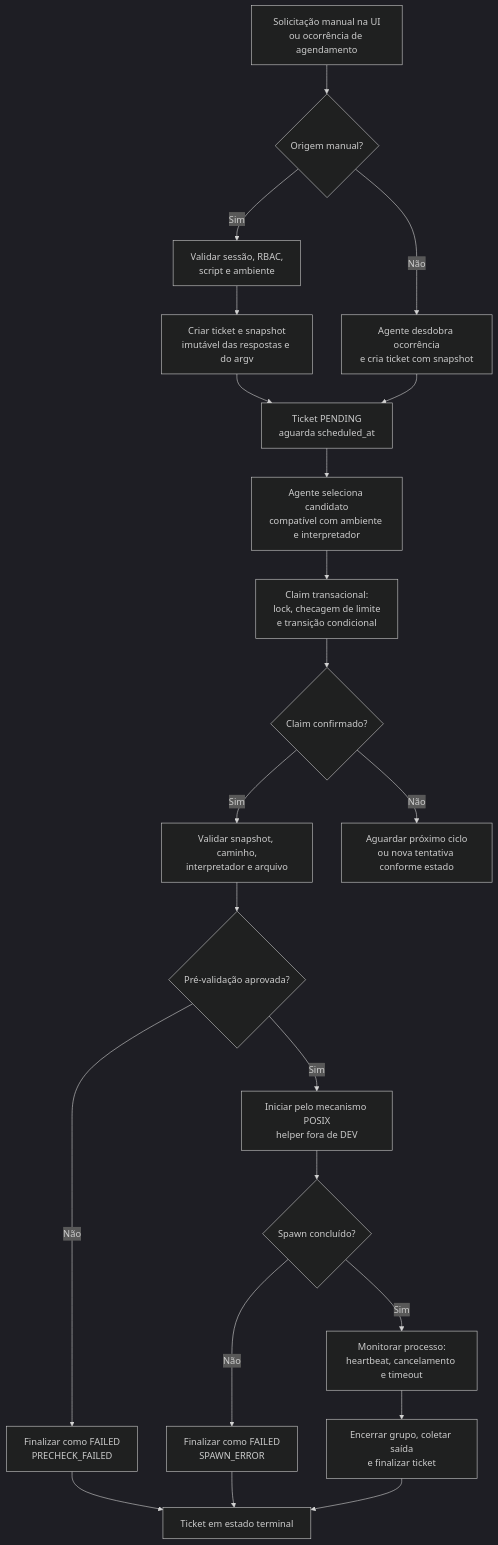
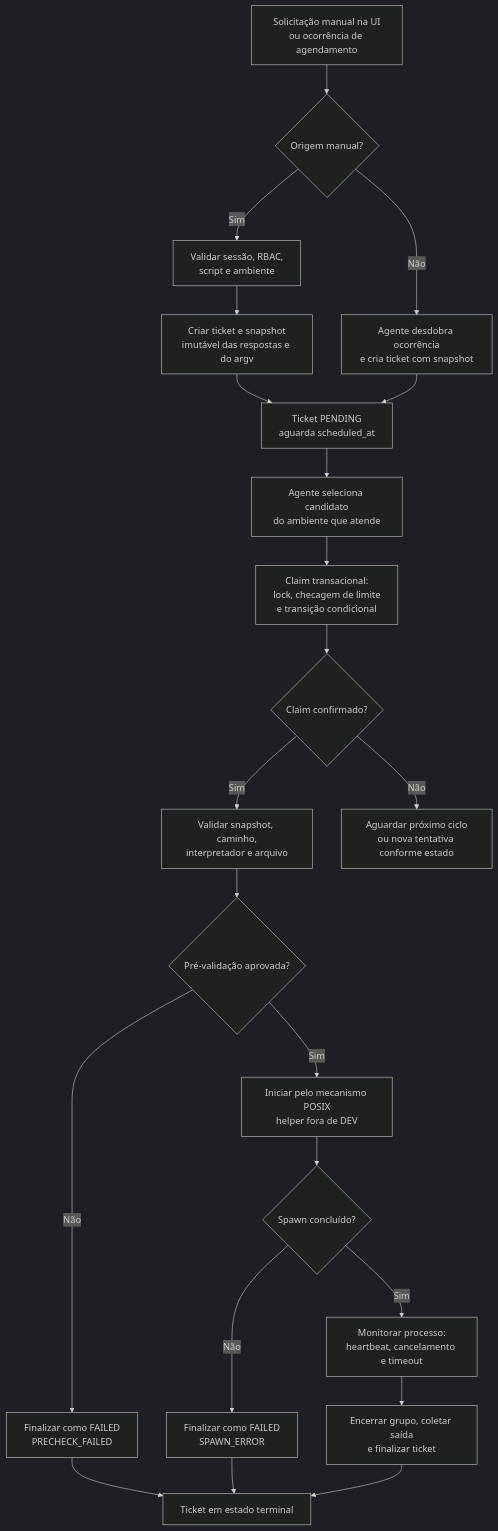
Before and after one commit to ferreirasilvaeduardo/script_scheduling_service_web2py: the second of 2 diagrams in README.md, drawn with Mermaid (dark theme). The commit also changed other lines of this file and 25 other files, not shown here.

````diff
--- a/README.md
+++ b/README.md
@@ -3098,33 +3100,33 @@
 ```mermaid
 flowchart TD
     start["Solicitação manual na UI<br/>ou ocorrência de agendamento"]
     manual{"Origem manual?"}
     authorize["Validar sessão, RBAC,<br/>script e ambiente"]
     manual_ticket["Criar ticket e snapshot<br/>imutável das respostas e do argv"]
     schedule["Agente desdobra ocorrência<br/>e cria ticket com snapshot"]
     pending["Ticket PENDING<br/>aguarda scheduled_at"]
-    select["Agente seleciona candidato<br/>compatível com ambiente e interpretador"]
+    select["Agente seleciona candidato<br/>do ambiente que atende"]
     claim["Claim transacional:<br/>lock, checagem de limite<br/>e transição condicional"]
     claimed{"Claim confirmado?"}
     precheck["Validar snapshot, caminho,<br/>interpretador e arquivo"]
     valid{"Pré-validação aprovada?"}
     spawn["Iniciar pelo mecanismo POSIX<br/>helper fora de DEV"]
     spawned{"Spawn concluído?"}
     monitor["Monitorar processo:<br/>heartbeat, cancelamento e timeout"]
     finish["Encerrar grupo, coletar saída<br/>e finalizar ticket"]
     precheck_failed["Finalizar como FAILED<br/>PRECHECK_FAILED"]
     spawn_failed["Finalizar como FAILED<br/>SPAWN_ERROR"]
     terminal["Ticket em estado terminal"]
     wait["Aguardar próximo ciclo<br/>ou nova tentativa conforme estado"]
 
     start --> manual
     manual -- "Sim" --> authorize --> manual_ticket --> pending
     manual -- "Não" --> schedule --> pending
     pending --> select --> claim --> claimed
     claimed -- "Não" --> wait
     claimed -- "Sim" --> precheck --> valid
     valid -- "Não" --> precheck_failed --> terminal
     valid -- "Sim" --> spawn --> spawned
     spawned -- "Não" --> spawn_failed --> terminal
     spawned -- "Sim" --> monitor --> finish --> terminal
 ```
````
